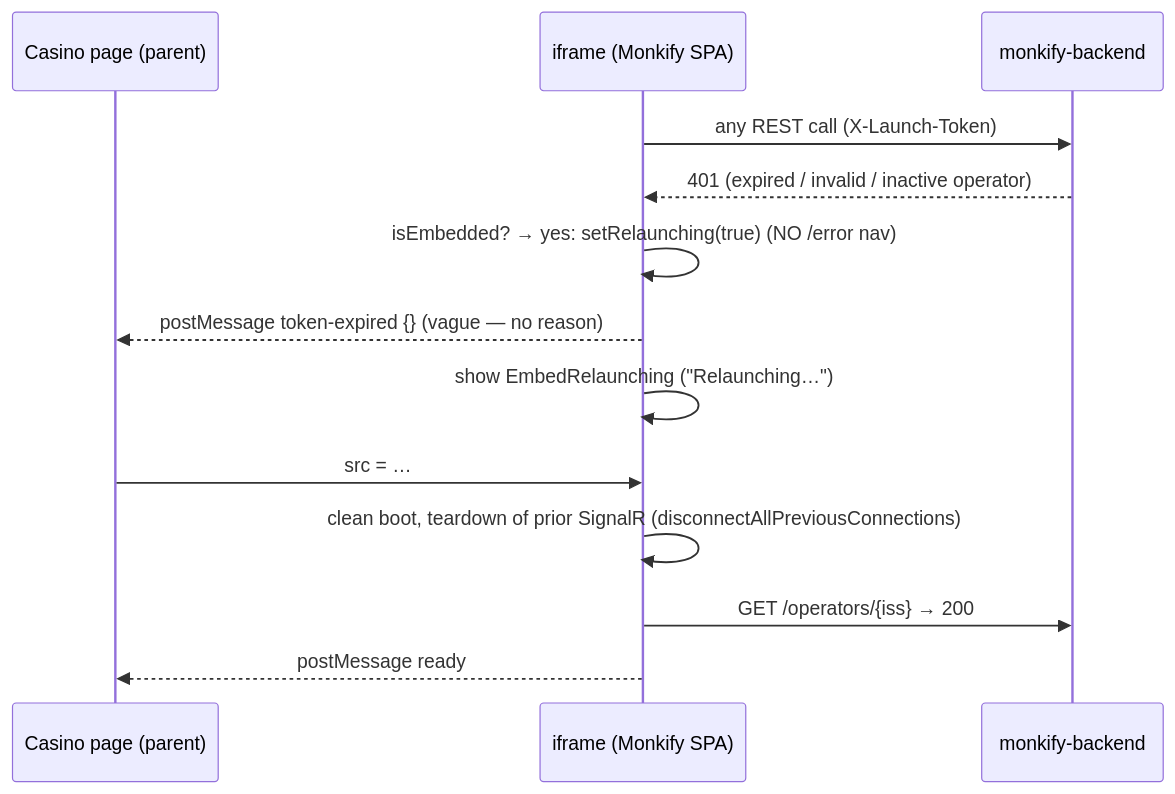
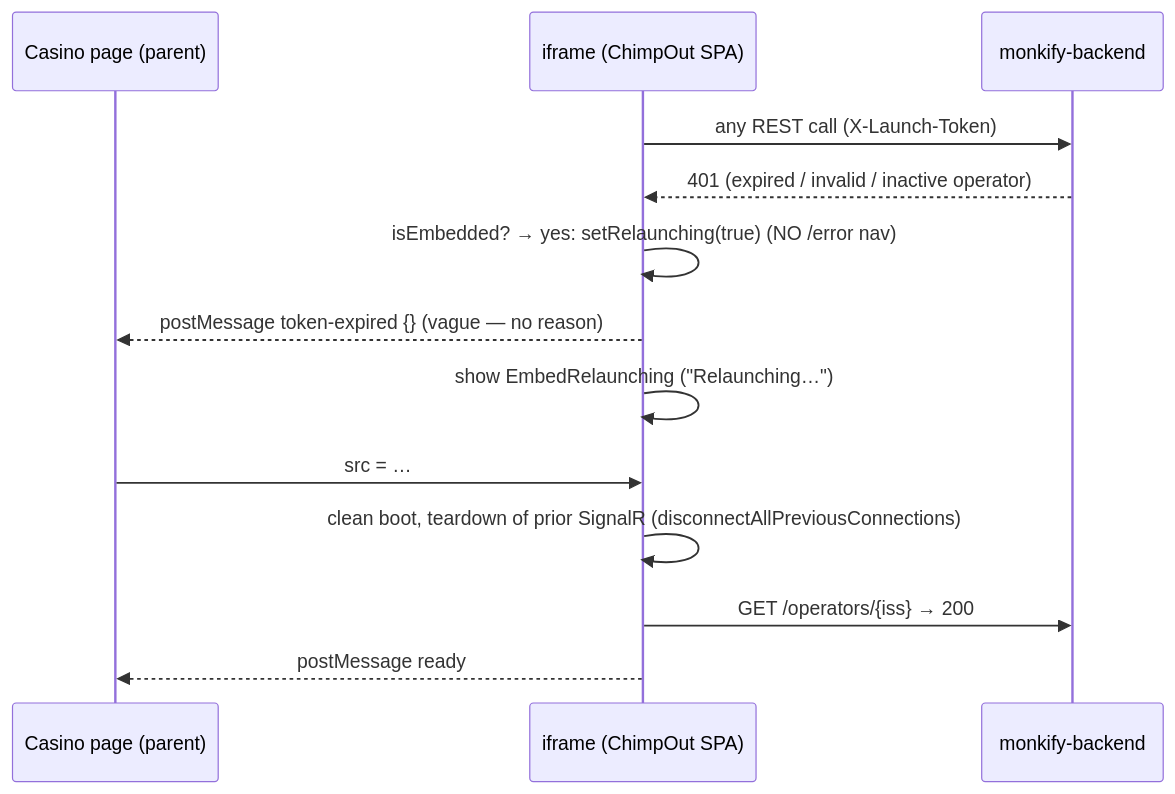
Before and after one commit to marcusruas/monkify-meta: the second of 2 diagrams in specs/iframe-embedding.md, drawn with Mermaid. The commit also changed other lines of this file and 57 other files, not shown here.

First line of the commit message:
Rebrand: Monkify->ChimpOut, Session->Game in KB prose (monkify-meta)

````diff
--- a/specs/iframe-embedding.md
+++ b/specs/iframe-embedding.md
@@ -404,16 +404,16 @@
 ```mermaid
 sequenceDiagram
   participant Casino as Casino page (parent)
-  participant Frame as iframe (Monkify SPA)
+  participant Frame as iframe (ChimpOut SPA)
   participant API as monkify-backend
 
   Frame->>API: any REST call (X-Launch-Token)
   API-->>Frame: 401 (expired / invalid / inactive operator)
   Frame->>Frame: isEmbedded? → yes: setRelaunching(true) (NO /error nav)
   Frame-->>Casino: postMessage token-expired {}   (vague — no reason)
   Frame->>Frame: show EmbedRelaunching ("Relaunching…")
   Casino->>Frame: src = …#launch_token=<FRESH jwt>   (full reload)
   Frame->>Frame: clean boot, teardown of prior SignalR (disconnectAllPreviousConnections)
   Frame->>API: GET /operators/{iss} → 200
   Frame-->>Casino: postMessage ready
 ```
````
